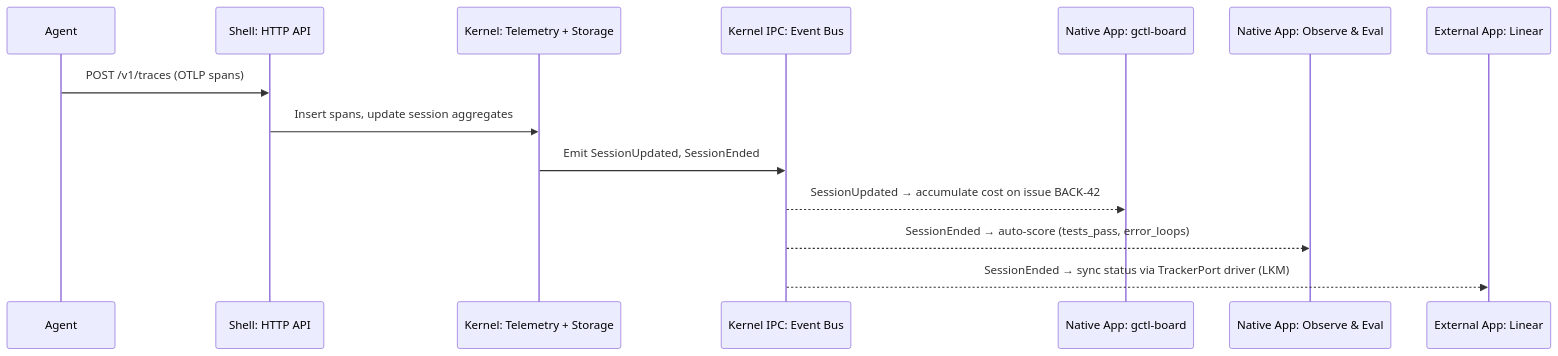
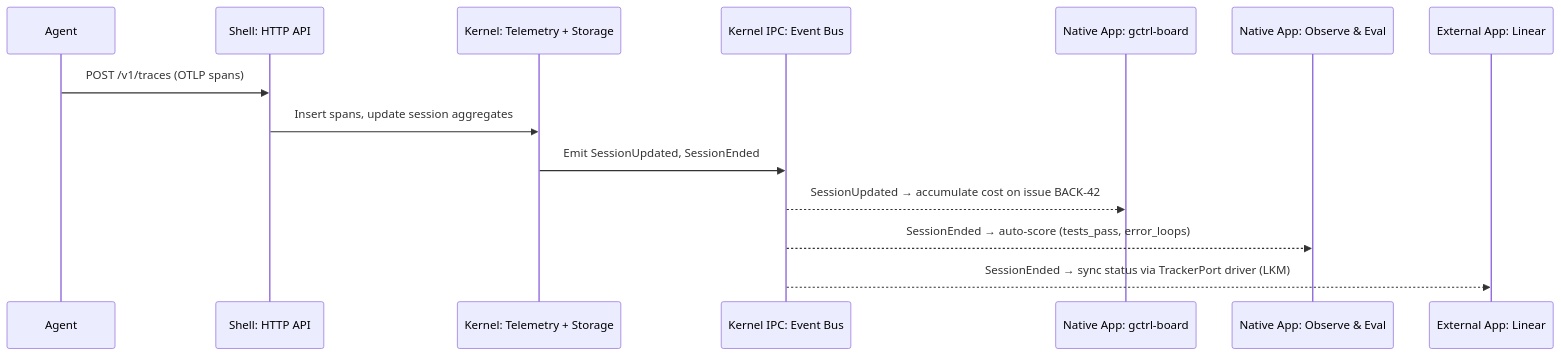
One commit to OpenHackersClub/gctrl changed the second of 3 diagrams in specs/architecture/README.md. Above: the diagram before and after it, drawn with Mermaid. The commit also changed other lines of this file and 360 other files, not shown here.

First line of the commit message:
refactor: rename brand gctl → gctrl across repo

````diff
--- a/specs/architecture/README.md
+++ b/specs/architecture/README.md
@@ -194,17 +194,17 @@
 ```mermaid
 sequenceDiagram
     participant Agent
     participant Shell as Shell: HTTP API
     participant Kernel as Kernel: Telemetry + Storage
     participant IPC as Kernel IPC: Event Bus
-    participant Board as Native App: gctl-board
+    participant Board as Native App: gctrl-board
     participant Eval as Native App: Observe & Eval
     participant Linear as External App: Linear
 
     Agent->>Shell: POST /v1/traces (OTLP spans)
     Shell->>Kernel: Insert spans, update session aggregates
     Kernel->>IPC: Emit SessionUpdated, SessionEnded
     IPC-->>Board: SessionUpdated → accumulate cost on issue BACK-42
     IPC-->>Eval: SessionEnded → auto-score (tests_pass, error_loops)
     IPC-->>Linear: SessionEnded → sync status via TrackerPort driver (LKM)
 ```
````
